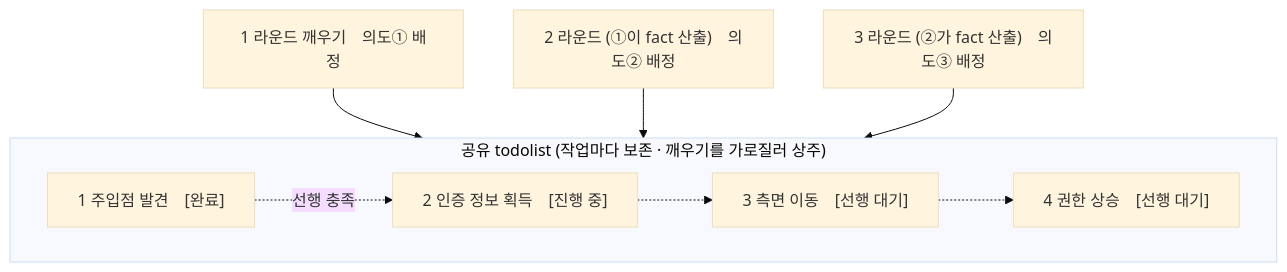
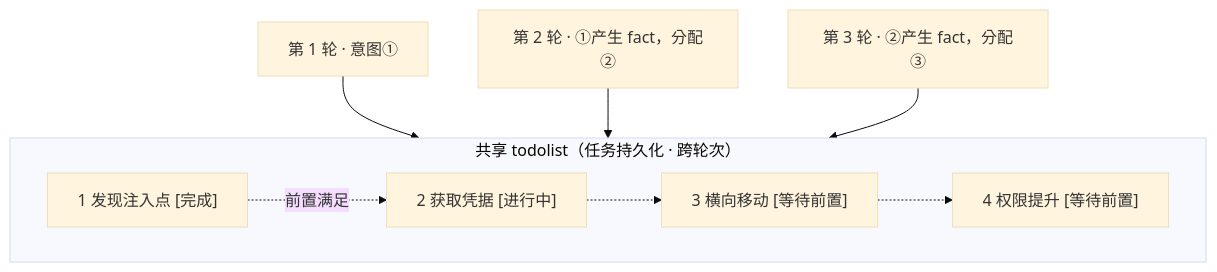
One commit to j5tv9nfzhn-hue/ARTEX-HYDRA changed the fifth of 5 diagrams in README.md. Above: the diagram before and after it, drawn with Mermaid (base theme). The commit also changed other lines of this file and 279 other files, not shown here.

````diff
--- a/README.md
+++ b/README.md
@@ -330,14 +302,14 @@
 ```mermaid
 flowchart TB
-  subgraph TODO["공유 todolist (작업마다 보존 · 깨우기를 가로질러 상주)"]
+  subgraph TODO["共享 todolist（任务持久化 · 跨轮次）"]
     direction LR
-    T1["1 주입점 발견　[완료]"]
-    T2["2 인증 정보 획득　[진행 중]"]
-    T3["3 측면 이동　[선행 대기]"]
-    T4["4 권한 상승　[선행 대기]"]
-    T1 -. 선행 충족 .-> T2 -.-> T3 -.-> T4
+    T1["1 发现注入点 [完成]"]
+    T2["2 获取凭据 [进行中]"]
+    T3["3 横向移动 [等待前置]"]
+    T4["4 权限提升 [等待前置]"]
+    T1 -. 前置满足 .-> T2 -.-> T3 -.-> T4
   end
-  R1["1 라운드 깨우기　의도① 배정"] --> T1
-  R2["2 라운드 (①이 fact 산출)　의도② 배정"] --> T2
-  R3["3 라운드 (②가 fact 산출)　의도③ 배정"] --> T3
+  R1["第 1 轮 · 意图①"] --> T1
+  R2["第 2 轮 · ①产生 fact，分配②"] --> T2
+  R3["第 3 轮 · ②产生 fact，分配③"] --> T3
 ```
````
